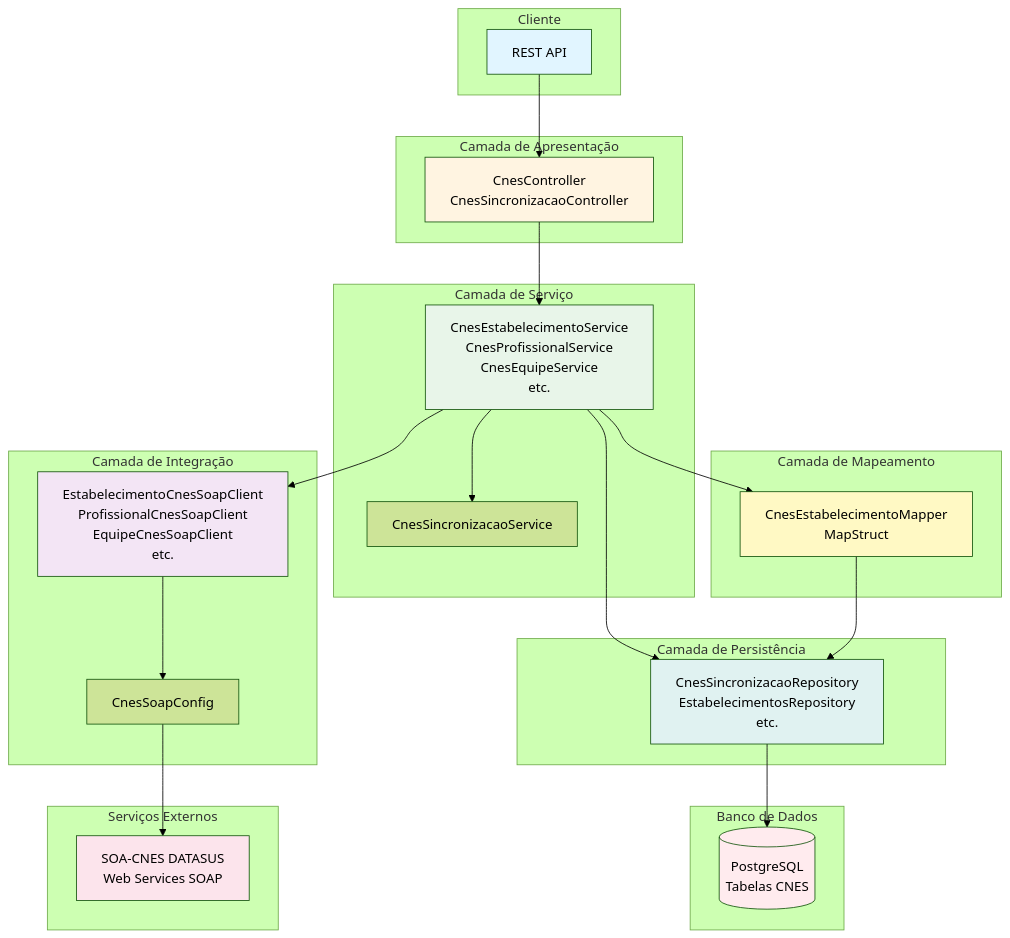
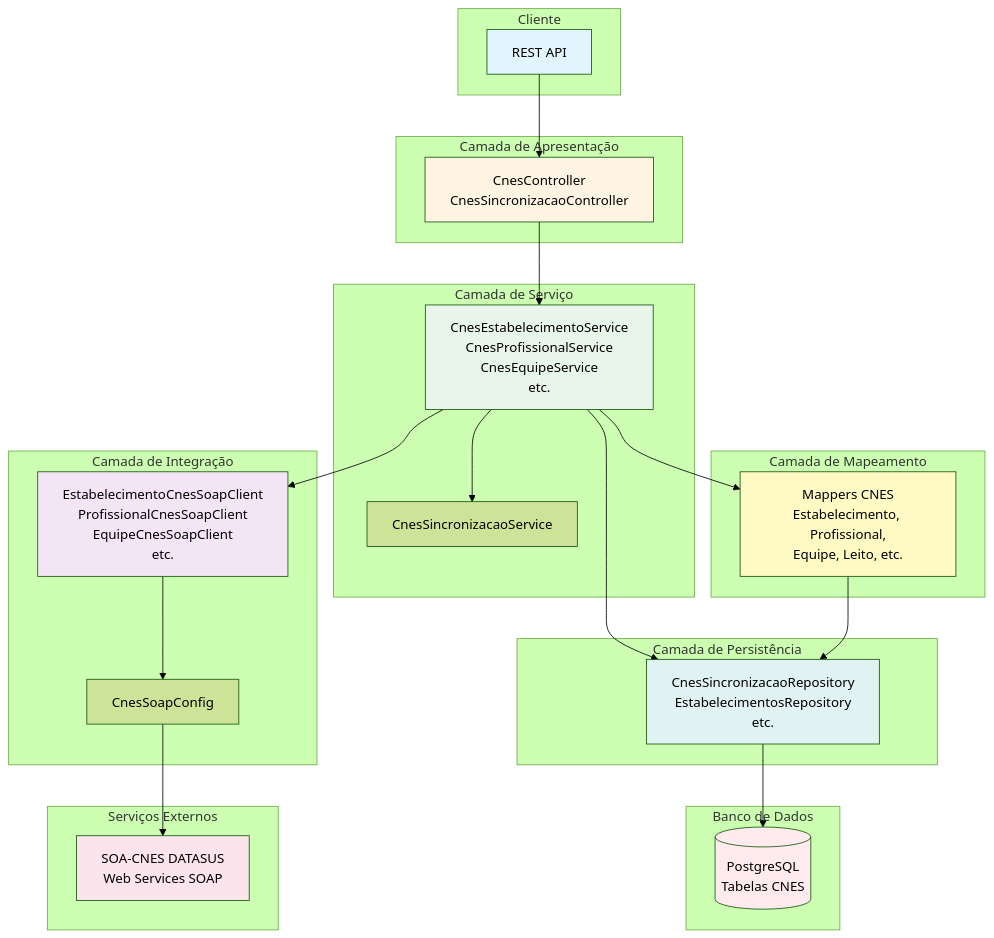
The first of 5 diagrams in docs/CNES/01-tecnico/01-arquitetura-design.md (wagnergrilojunior/UPSaude-final-back), drawn with Mermaid (forest theme) before and after one commit. The commit also changed other lines of this file and 43 other files, not shown here.

````diff
--- a/docs/CNES/01-tecnico/01-arquitetura-design.md
+++ b/docs/CNES/01-tecnico/01-arquitetura-design.md
@@ -9,56 +9,56 @@
 ```mermaid
 graph TB
     subgraph "Cliente"
         API[REST API]
     end
     
     subgraph "Camada de Apresentação"
         Controller[CnesController<br/>CnesSincronizacaoController]
     end
     
     subgraph "Camada de Serviço"
         Service[CnesEstabelecimentoService<br/>CnesProfissionalService<br/>CnesEquipeService<br/>etc.]
         SyncService[CnesSincronizacaoService]
     end
     
     subgraph "Camada de Integração"
         SoapClient[EstabelecimentoCnesSoapClient<br/>ProfissionalCnesSoapClient<br/>EquipeCnesSoapClient<br/>etc.]
         Config[CnesSoapConfig]
     end
     
     subgraph "Camada de Mapeamento"
-        Mapper[CnesEstabelecimentoMapper<br/>MapStruct]
+        Mapper[Mappers CNES<br/>Estabelecimento, Profissional,<br/>Equipe, Leito, etc.]
     end
     
     subgraph "Camada de Persistência"
         Repository[CnesSincronizacaoRepository<br/>EstabelecimentosRepository<br/>etc.]
     end
     
     subgraph "Banco de Dados"
         DB[(PostgreSQL<br/>Tabelas CNES)]
     end
     
     subgraph "Serviços Externos"
         DATASUS[SOA-CNES DATASUS<br/>Web Services SOAP]
     end
     
     API --> Controller
     Controller --> Service
     Service --> SyncService
     Service --> SoapClient
     Service --> Mapper
     Service --> Repository
     Mapper --> Repository
     Repository --> DB
     SoapClient --> Config
     Config --> DATASUS
     
     style API fill:#e1f5ff
     style Controller fill:#fff4e1
     style Service fill:#e8f5e9
     style SoapClient fill:#f3e5f5
     style Mapper fill:#fff9c4
     style Repository fill:#e0f2f1
     style DB fill:#ffebee
     style DATASUS fill:#fce4ec
 ```
````
